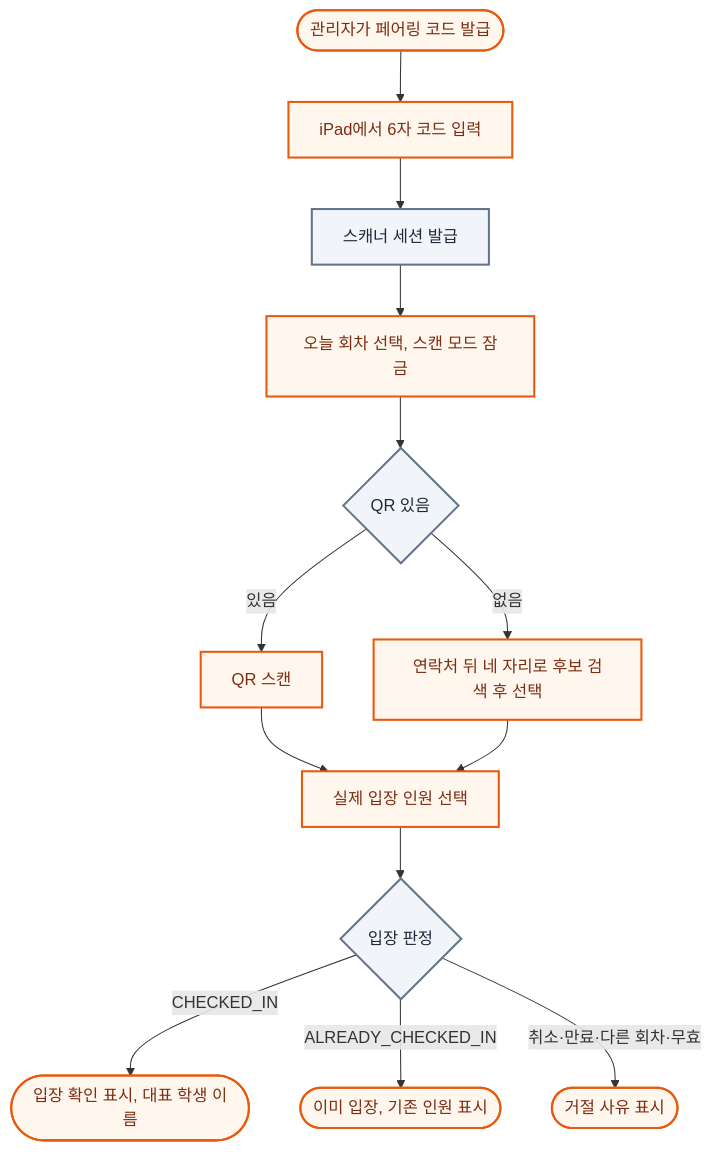
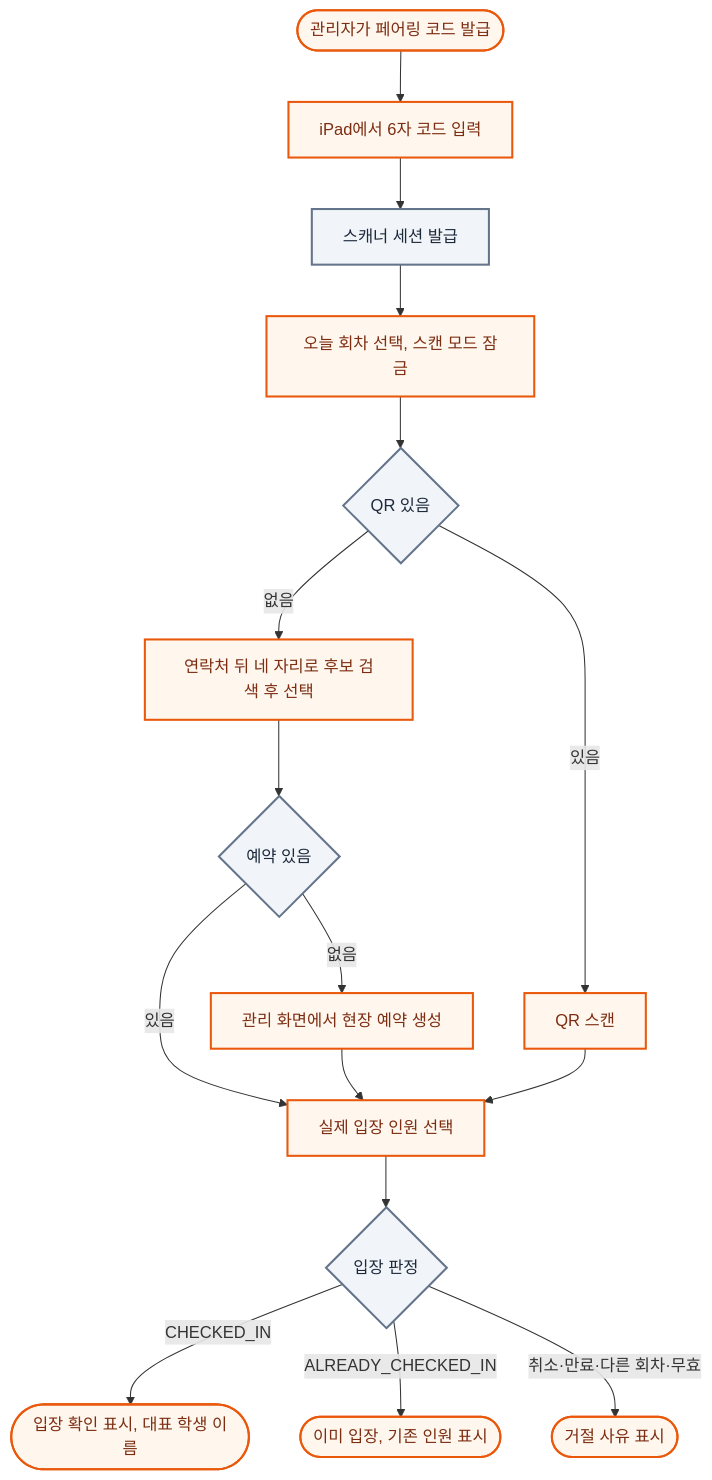
Before and after one commit to gjaku1031/ken-blog: the fourth of 4 diagrams in content/posts/doc-552ad998-ffe5-47e6-9884-75a5e31cc996.md, drawn with Mermaid. The commit also changed other lines of this file and 2 other files, not shown here.

Commit message:
docs: add on-site booking path to npr check-in flow

````diff
--- a/content/posts/doc-552ad998-ffe5-47e6-9884-75a5e31cc996.md
+++ b/content/posts/doc-552ad998-ffe5-47e6-9884-75a5e31cc996.md
@@ -114,20 +114,23 @@
 ```mermaid caption="회차를 잠근 스캐너만 스캔할 수 있어, 다른 회차 예약은 SESSION_MISMATCH로 기록되고 입장 처리되지 않음"
 flowchart TD
     %% legend: color:#fff7ed:#ea580c=현장 직원 행동; color:#f1f5f9:#64748b=시스템 처리; round=시작·끝; diamond=판단
     start(["관리자가 페어링 코드 발급"]) --> claim["iPad에서 6자 코드 입력"]
     claim --> scannerSession["스캐너 세션 발급"]
     scannerSession --> lock["오늘 회차 선택, 스캔 모드 잠금"]
     lock --> scan{"QR 있음"}
     scan -->|있음| read["QR 스캔"]
     scan -->|없음| last4["연락처 뒤 네 자리로 후보 검색 후 선택"]
-    read --> count["실제 입장 인원 선택"]
-    last4 --> count
+    last4 --> found{"예약 있음"}
+    found -->|있음| count["실제 입장 인원 선택"]
+    found -->|없음| walkin["관리 화면에서 현장 예약 생성"]
+    walkin --> count
+    read --> count
     count --> decide{"입장 판정"}
     decide -->|CHECKED_IN| ok(["입장 확인 표시, 대표 학생 이름"])
     decide -->|ALREADY_CHECKED_IN| dup(["이미 입장, 기존 인원 표시"])
     decide -->|취소·만료·다른 회차·무효| reject(["거절 사유 표시"])
     classDef staff fill:#fff7ed,stroke:#ea580c,color:#7c2d12,stroke-width:2px
     classDef system fill:#f1f5f9,stroke:#64748b,color:#1e293b,stroke-width:2px
-    class start,claim,lock,read,last4,count,ok,dup,reject staff
-    class scannerSession,scan,decide system
+    class start,claim,lock,read,last4,walkin,count,ok,dup,reject staff
+    class scannerSession,scan,found,decide system
 ```
````
